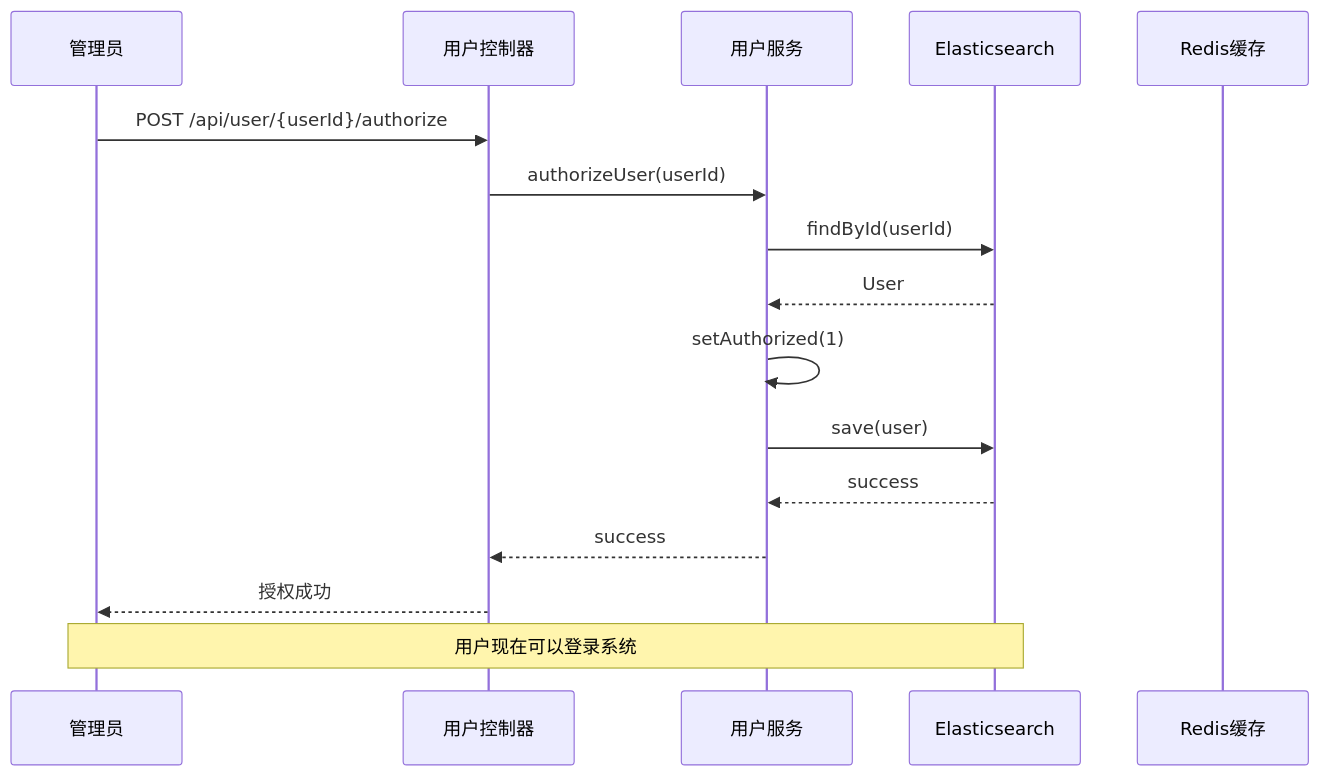
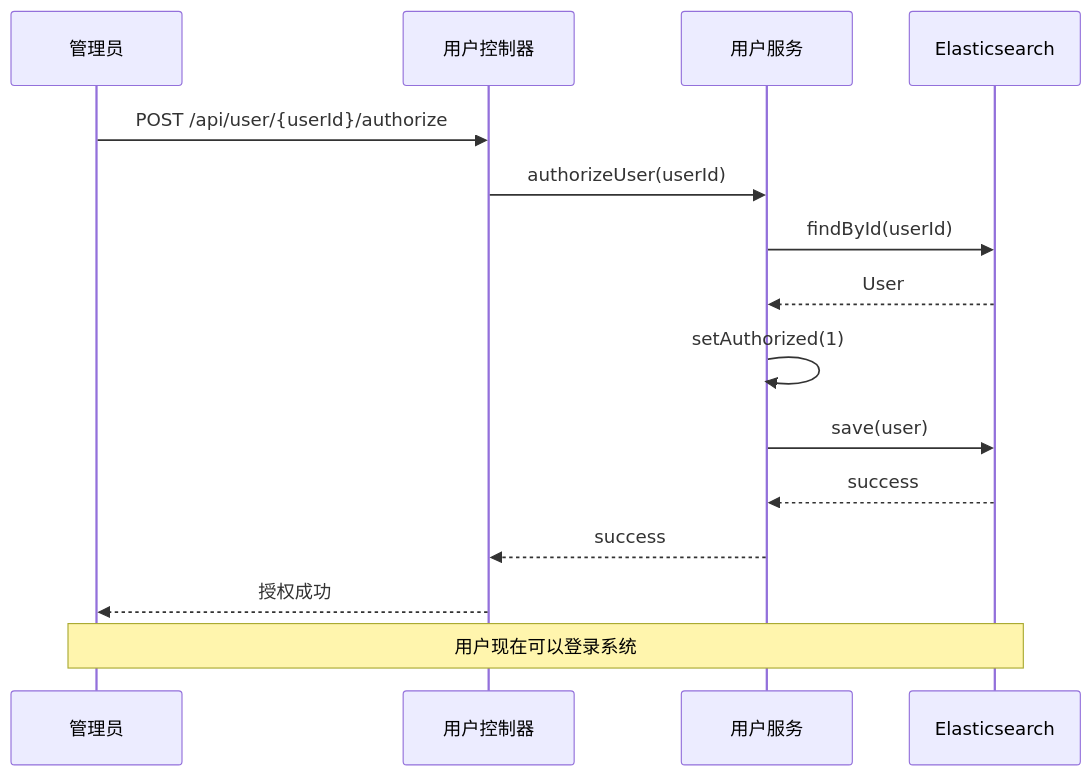
Diagram 17 of 21 in .qoder/repowiki/zh/content/用户管理系统/用户管理系统.md (20164206160/zhishilu), drawn with Mermaid before and after one commit. The commit also changed other lines of this file and 16 other files, not shown here.

````diff
--- a/.qoder/repowiki/zh/content/用户管理系统/用户管理系统.md
+++ b/.qoder/repowiki/zh/content/用户管理系统/用户管理系统.md
@@ -896,18 +981,17 @@
 ```mermaid
 sequenceDiagram
 participant Admin as 管理员
 participant UserController as 用户控制器
 participant UserService as 用户服务
 participant ES as Elasticsearch
-participant Redis as Redis缓存
 Admin->>UserController : POST /api/user/{userId}/authorize
 UserController->>UserService : authorizeUser(userId)
 UserService->>ES : findById(userId)
 ES-->>UserService : User
 UserService->>UserService : setAuthorized(1)
 UserService->>ES : save(user)
 ES-->>UserService : success
 UserService-->>UserController : success
 UserController-->>Admin : 授权成功
 Note over Admin,ES : 用户现在可以登录系统
 ```
````
